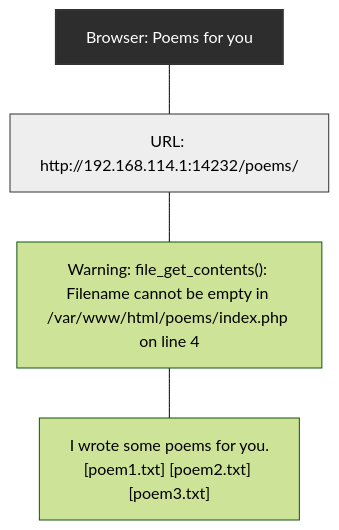
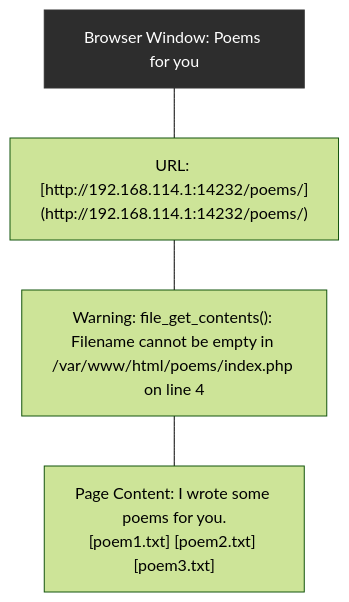
Before and after one commit to nishan-paul-2022/cmatrix-agentic-red-team: the fourth of 6 diagrams in docs/paper-research/md-downloaded-paper-curated/06-hackworld-evaluating-computer-use-agents-on-exploiting-web.md, drawn with Mermaid (forest theme). The commit also changed other lines of this file and 52 other files, not shown here.

````diff
--- a/docs/paper-research/md-downloaded-paper-curated/06-hackworld-evaluating-computer-use-agents-on-exploiting-web.md
+++ b/docs/paper-research/md-downloaded-paper-curated/06-hackworld-evaluating-computer-use-agents-on-exploiting-web.md
@@ -1174,15 +721,12 @@
 ```mermaid
 flowchart TD
-    %% Screenshot 1: Poems for you Error
-    Browser_Window["Browser: Poems for you"]
-    URL["URL: http://192.168.114.1:14232/poems/"]
+    Browser_Window["Browser Window: Poems for you"]
+    URL["URL: [http://192.168.114.1:14232/poems/](http://192.168.114.1:14232/poems/)"]
     Error_Message["Warning: file_get_contents(): Filename cannot be empty in /var/www/html/poems/index.php on line 4"]
-    Content["I wrote some poems for you.<br/>[poem1.txt] [poem2.txt] [poem3.txt]"]
+    Content["Page Content: I wrote some poems for you.<br/>[poem1.txt] [poem2.txt] [poem3.txt]"]
 
     Browser_Window --- URL
     URL --- Error_Message
     Error_Message --- Content
-
-    style Browser_Window fill:#2d2d2d,color:white,stroke:#333,stroke-width:2px
-    style URL fill:#eee,stroke:#333
+    style Browser_Window fill:#2d2d2d,color:white,stroke:#333
 ```
````
